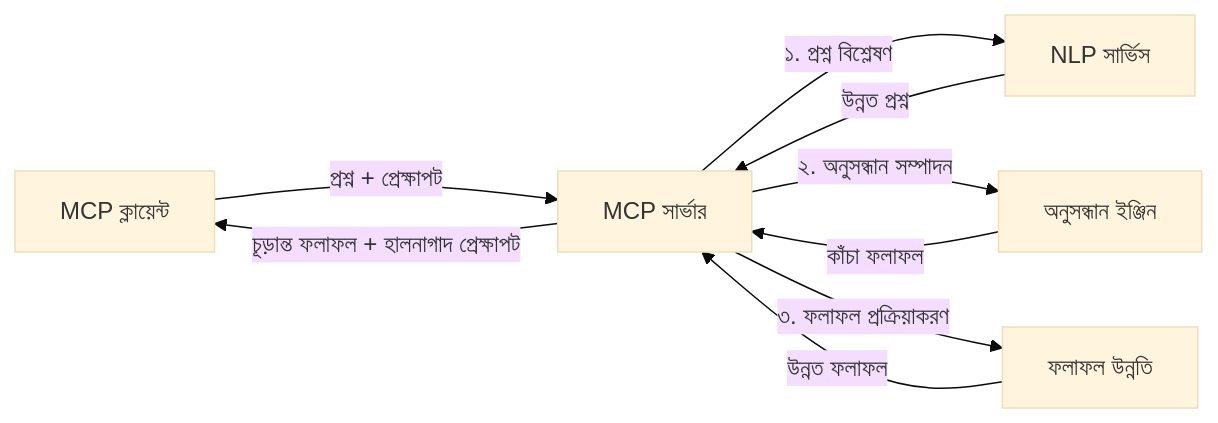
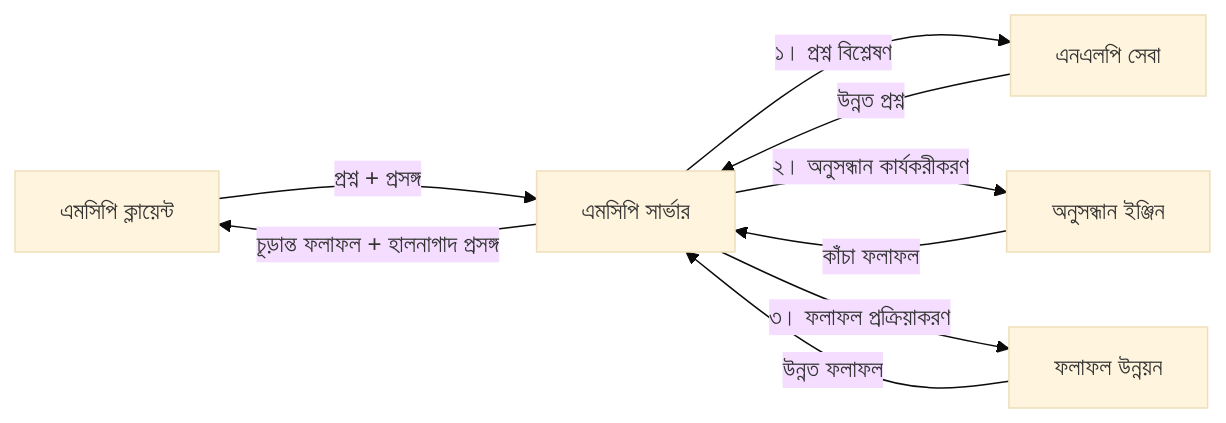
Before and after one commit to microsoft/mcp-for-beginners: the fourth of 4 diagrams in translations/bn/05-AdvancedTopics/mcp-realtimesearch/README.md, drawn with Mermaid (base theme). The commit also changed other lines of this file and 118 other files, not shown here.

````diff
--- a/translations/bn/05-AdvancedTopics/mcp-realtimesearch/README.md
+++ b/translations/bn/05-AdvancedTopics/mcp-realtimesearch/README.md
@@ -626,11 +628,11 @@
 ```mermaid
 graph LR
-    Client[MCP ক্লায়েন্ট] --> |প্রশ্ন + প্রেক্ষাপট| Server[MCP সার্ভার]
-    Server --> |১. প্রশ্ন বিশ্লেষণ| NLP[NLP সার্ভিস]
+    Client[এমসিপি ক্লায়েন্ট] --> |প্রশ্ন + প্রসঙ্গ| Server[এমসিপি সার্ভার]
+    Server --> |১। প্রশ্ন বিশ্লেষণ| NLP[এনএলপি সেবা]
     NLP --> |উন্নত প্রশ্ন| Server
-    Server --> |২. অনুসন্ধান সম্পাদন| Search[অনুসন্ধান ইঞ্জিন]
+    Server --> |২। অনুসন্ধান কার্যকরীকরণ| Search[অনুসন্ধান ইঞ্জিন]
     Search --> |কাঁচা ফলাফল| Server
-    Server --> |৩. ফলাফল প্রক্রিয়াকরণ| Enhancement[ফলাফল উন্নতি]
+    Server --> |৩। ফলাফল প্রক্রিয়াকরণ| Enhancement[ফলাফল উন্নয়ন]
     Enhancement --> |উন্নত ফলাফল| Server
-    Server --> |চূড়ান্ত ফলাফল + হালনাগাদ প্রেক্ষাপট| Client
+    Server --> |চূড়ান্ত ফলাফল + হালনাগাদ প্রসঙ্গ| Client
 ```
````
